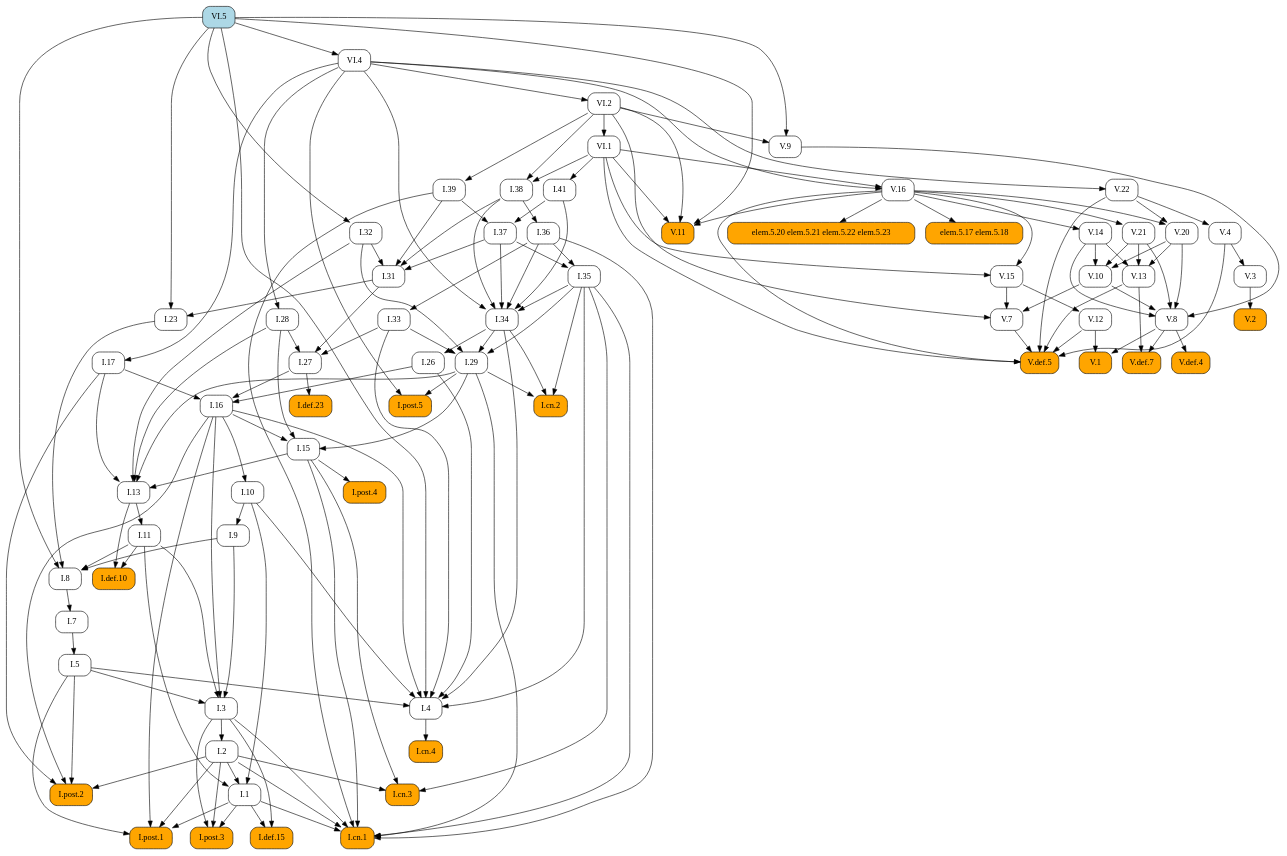
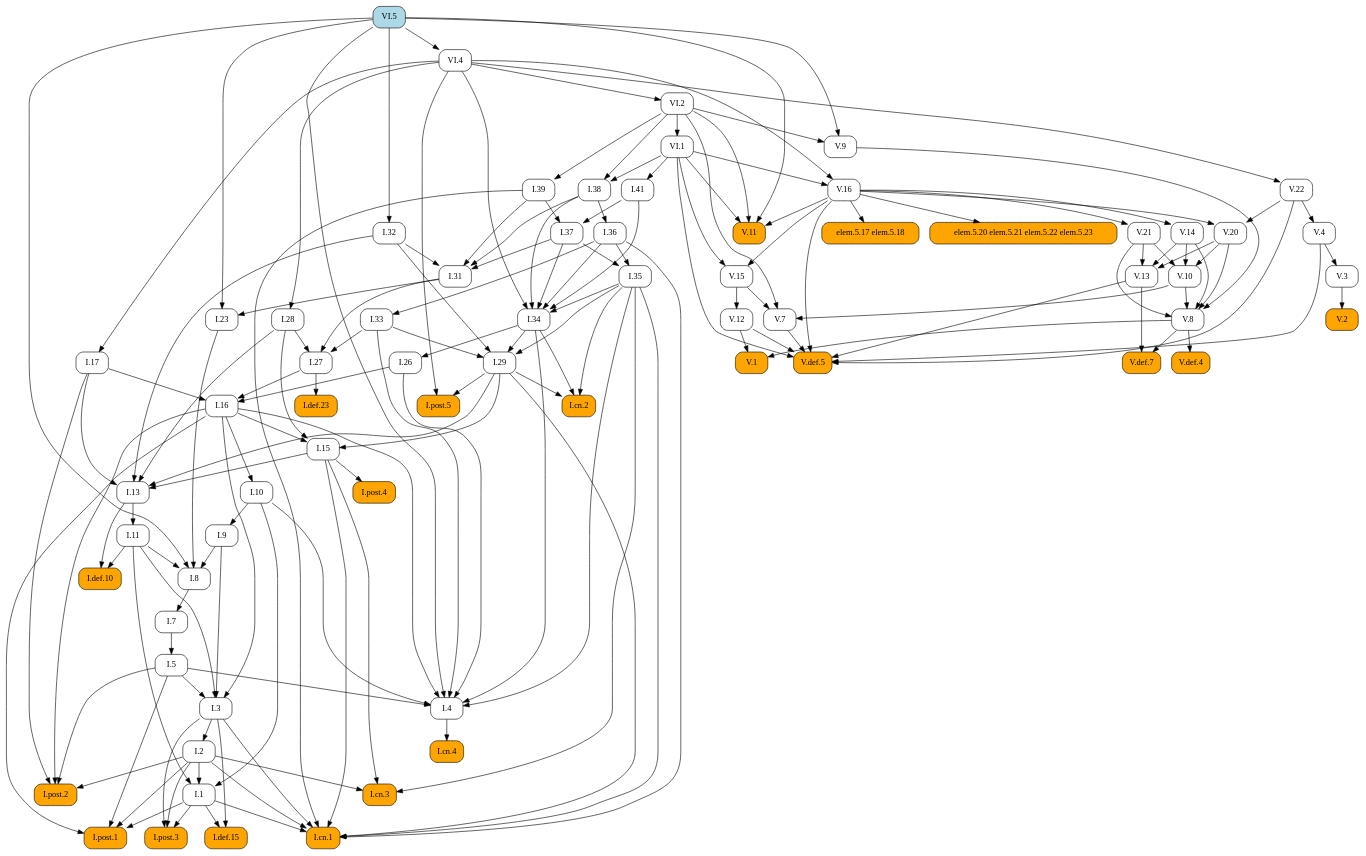
The diagram in docsrc/heath/VI/5/index.rst (geometor/elements), drawn with Graphviz before and after one commit. The commit also changed other lines of this file and 484 other files, not shown here.

```diff
--- a/docsrc/heath/VI/5/index.rst
+++ b/docsrc/heath/VI/5/index.rst
@@ -115,81 +115,172 @@
    digraph {
      rankdir="TB";
      node [shape=box, style=rounded];
+     "I.23" [URL="/heath/I/23/", target="_top"];
+     "I.9" [URL="/heath/I/9/", target="_top"];
+     "I.def.15" [style="rounded,filled", fillcolor=orange, URL="/heath/I/def.15/", target="_top"];
+     "V.13" [URL="/heath/V/13/", target="_top"];
+     "V.7" [URL="/heath/V/7/", target="_top"];
+     "elem.5.17 elem.5.18" [style="rounded,filled", fillcolor=orange];
+     "I.post.1" [style="rounded,filled", fillcolor=orange, URL="/heath/I/post.1/", target="_top"];
+     "V.14" [URL="/heath/V/14/", target="_top"];
+     "V.9" [URL="/heath/V/9/", target="_top"];
+     "I.31" [URL="/heath/I/31/", target="_top"];
      "I.def.10" [style="rounded,filled", fillcolor=orange, URL="/heath/I/def.10/", target="_top"];
+     "V.10" [URL="/heath/V/10/", target="_top"];
+     "V.4" [URL="/heath/V/4/", target="_top"];
+     "VI.1" [URL="/heath/VI/1/", target="_top"];
+     "I.39" [URL="/heath/I/39/", target="_top"];
+     "V.11" [style="rounded,filled", fillcolor=orange, URL="/heath/V/11/", target="_top"];
+     "I.34" [URL="/heath/I/34/", target="_top"];
+     "I.3" [URL="/heath/I/3/", target="_top"];
+     "V.def.4" [style="rounded,filled", fillcolor=orange, URL="/heath/V/def.4/", target="_top"];
+     "V.def.7" [style="rounded,filled", fillcolor=orange, URL="/heath/V/def.7/", target="_top"];
+     "V.21" [URL="/heath/V/21/", target="_top"];
+     "I.2" [URL="/heath/I/2/", target="_top"];
+     "V.3" [URL="/heath/V/3/", target="_top"];
+     "I.13" [URL="/heath/I/13/", target="_top"];
+     "I.post.4" [style="rounded,filled", fillcolor=orange, URL="/heath/I/post.4/", target="_top"];
+     "I.4" [URL="/heath/I/4/", target="_top"];
+     "I.1" [URL="/heath/I/1/", target="_top"];
+     "I.17" [URL="/heath/I/17/", target="_top"];
+     "I.8" [URL="/heath/I/8/", target="_top"];
+     "I.29" [URL="/heath/I/29/", target="_top"];
+     "V.8" [URL="/heath/V/8/", target="_top"];
+     "I.38" [URL="/heath/I/38/", target="_top"];
+     "I.15" [URL="/heath/I/15/", target="_top"];
+     "I.10" [URL="/heath/I/10/", target="_top"];
      "I.11" [URL="/heath/I/11/", target="_top"];
-     "I.post.4" [style="rounded,filled", fillcolor=orange, URL="/heath/I/post.4/", target="_top"];
-     "I.28" [URL="/heath/I/28/", target="_top"];
-     "I.1" [URL="/heath/I/1/", target="_top"];
+     "I.def.23" [style="rounded,filled", fillcolor=orange, URL="/heath/I/def.23/", target="_top"];
+     "VI.4" [URL="/heath/VI/4/", target="_top"];
+     "I.26" [URL="/heath/I/26/", target="_top"];
+     "V.16" [URL="/heath/V/16/", target="_top"];
+     "I.33" [URL="/heath/I/33/", target="_top"];
+     "I.32" [URL="/heath/I/32/", target="_top"];
+     "I.post.3" [style="rounded,filled", fillcolor=orange, URL="/heath/I/post.3/", target="_top"];
      "V.def.5" [style="rounded,filled", fillcolor=orange, URL="/heath/V/def.5/", target="_top"];
-     "V.13" [URL="/heath/V/13/", target="_top"];
-     "V.11" [style="rounded,filled", fillcolor=orange, URL="/heath/V/11/", target="_top"];
-     "I.post.3" [style="rounded,filled", fillcolor=orange, URL="/heath/I/post.3/", target="_top"];
-     "VI.1" [URL="/heath/VI/1/", target="_top"];
-     "I.cn.3" [style="rounded,filled", fillcolor=orange, URL="/heath/I/cn.3/", target="_top"];
-     "V.16" [URL="/heath/V/16/", target="_top"];
-     "VI.4" [URL="/heath/VI/4/", target="_top"];
-     "V.3" [URL="/heath/V/3/", target="_top"];
-     "V.8" [URL="/heath/V/8/", target="_top"];
      "I.27" [URL="/heath/I/27/", target="_top"];
-     "I.36" [URL="/heath/I/36/", target="_top"];
-     "I.41" [URL="/heath/I/41/", target="_top"];
-     "I.37" [URL="/heath/I/37/", target="_top"];
-     "I.34" [URL="/heath/I/34/", target="_top"];
-     "I.2" [URL="/heath/I/2/", target="_top"];
-     "I.def.23" [style="rounded,filled", fillcolor=orange, URL="/heath/I/def.23/", target="_top"];
-     "I.17" [URL="/heath/I/17/", target="_top"];
-     "I.33" [URL="/heath/I/33/", target="_top"];
-     "I.post.2" [style="rounded,filled", fillcolor=orange, URL="/heath/I/post.2/", target="_top"];
-     "elem.5.20 elem.5.21 elem.5.22 elem.5.23" [style="rounded,filled", fillcolor=orange];
-     "I.9" [URL="/heath/I/9/", target="_top"];
-     "I.32" [URL="/heath/I/32/", target="_top"];
-     "I.cn.4" [style="rounded,filled", fillcolor=orange, URL="/heath/I/cn.4/", target="_top"];
-     "V.def.4" [style="rounded,filled", fillcolor=orange, URL="/heath/V/def.4/", target="_top"];
-     "I.15" [URL="/heath/I/15/", target="_top"];
-     "I.38" [URL="/heath/I/38/", target="_top"];
-     "V.def.7" [style="rounded,filled", fillcolor=orange, URL="/heath/V/def.7/", target="_top"];
-     "I.5" [URL="/heath/I/5/", target="_top"];
-     "V.21" [URL="/heath/V/21/", target="_top"];
-     "I.39" [URL="/heath/I/39/", target="_top"];
-     "I.26" [URL="/heath/I/26/", target="_top"];
-     "VI.5" [style="rounded,filled", fillcolor=lightblue, URL="/heath/VI/5/", target="_top"];
-     "V.14" [URL="/heath/V/14/", target="_top"];
-     "I.29" [URL="/heath/I/29/", target="_top"];
-     "V.22" [URL="/heath/V/22/", target="_top"];
+     "V.20" [URL="/heath/V/20/", target="_top"];
      "V.12" [URL="/heath/V/12/", target="_top"];
-     "I.cn.2" [style="rounded,filled", fillcolor=orange, URL="/heath/I/cn.2/", target="_top"];
-     "V.20" [URL="/heath/V/20/", target="_top"];
-     "V.10" [URL="/heath/V/10/", target="_top"];
-     "VI.2" [URL="/heath/VI/2/", target="_top"];
-     "I.def.15" [style="rounded,filled", fillcolor=orange, URL="/heath/I/def.15/", target="_top"];
-     "V.15" [URL="/heath/V/15/", target="_top"];
+     "V.2" [style="rounded,filled", fillcolor=orange, URL="/heath/V/2/", target="_top"];
      "I.cn.1" [style="rounded,filled", fillcolor=orange, URL="/heath/I/cn.1/", target="_top"];
-     "V.7" [URL="/heath/V/7/", target="_top"];
-     "V.9" [URL="/heath/V/9/", target="_top"];
-     "I.23" [URL="/heath/I/23/", target="_top"];
-     "I.post.1" [style="rounded,filled", fillcolor=orange, URL="/heath/I/post.1/", target="_top"];
      "I.35" [URL="/heath/I/35/", target="_top"];
      "I.7" [URL="/heath/I/7/", target="_top"];
-     "I.3" [URL="/heath/I/3/", target="_top"];
-     "I.4" [URL="/heath/I/4/", target="_top"];
-     "I.13" [URL="/heath/I/13/", target="_top"];
-     "V.4" [URL="/heath/V/4/", target="_top"];
-     "I.31" [URL="/heath/I/31/", target="_top"];
+     "I.36" [URL="/heath/I/36/", target="_top"];
+     "VI.5" [style="rounded,filled", fillcolor=lightblue, URL="/heath/VI/5/", target="_top"];
+     "I.5" [URL="/heath/I/5/", target="_top"];
+     "I.37" [URL="/heath/I/37/", target="_top"];
+     "I.cn.3" [style="rounded,filled", fillcolor=orange, URL="/heath/I/cn.3/", target="_top"];
+     "I.16" [URL="/heath/I/16/", target="_top"];
+     "V.22" [URL="/heath/V/22/", target="_top"];
      "V.1" [style="rounded,filled", fillcolor=orange, URL="/heath/V/1/", target="_top"];
-     "I.16" [URL="/heath/I/16/", target="_top"];
-     "elem.5.17 elem.5.18" [style="rounded,filled", fillcolor=orange];
-     "I.8" [URL="/heath/I/8/", target="_top"];
-     "V.2" [style="rounded,filled", fillcolor=orange, URL="/heath/V/2/", target="_top"];
+     "I.cn.2" [style="rounded,filled", fillcolor=orange, URL="/heath/I/cn.2/", target="_top"];
      "I.post.5" [style="rounded,filled", fillcolor=orange, URL="/heath/I/post.5/", target="_top"];
-     "I.10" [URL="/heath/I/10/", target="_top"];
+     "I.28" [URL="/heath/I/28/", target="_top"];
+     "I.cn.4" [style="rounded,filled", fillcolor=orange, URL="/heath/I/cn.4/", target="_top"];
+     "VI.2" [URL="/heath/VI/2/", target="_top"];
+     "I.post.2" [style="rounded,filled", fillcolor=orange, URL="/heath/I/post.2/", target="_top"];
+     "V.15" [URL="/heath/V/15/", target="_top"];
+     "I.41" [URL="/heath/I/41/", target="_top"];
+     "elem.5.20 elem.5.21 elem.5.22 elem.5.23" [style="rounded,filled", fillcolor=orange];
+     "I.31" -> "I.23";
+     "VI.5" -> "I.23";
+     "I.10" -> "I.9";
+     "I.1" -> "I.def.15";
+     "I.3" -> "I.def.15";
+     "V.14" -> "V.13";
+     "V.20" -> "V.13";
+     "V.21" -> "V.13";
+     "V.10" -> "V.7";
+     "V.15" -> "V.7";
+     "VI.2" -> "V.7";
+     "V.16" -> "elem.5.17 elem.5.18";
+     "I.1" -> "I.post.1";
+     "I.2" -> "I.post.1";
+     "I.5" -> "I.post.1";
+     "I.16" -> "I.post.1";
+     "V.16" -> "V.14";
+     "VI.2" -> "V.9";
+     "VI.5" -> "V.9";
+     "I.32" -> "I.31";
+     "I.37" -> "I.31";
+     "I.38" -> "I.31";
+     "I.39" -> "I.31";
      "I.11" -> "I.def.10";
      "I.13" -> "I.def.10";
-     "I.13" -> "I.11";
+     "V.14" -> "V.10";
+     "V.20" -> "V.10";
+     "V.21" -> "V.10";
+     "V.22" -> "V.4";
+     "VI.2" -> "VI.1";
+     "VI.2" -> "I.39";
+     "V.16" -> "V.11";
+     "VI.1" -> "V.11";
+     "VI.2" -> "V.11";
+     "VI.5" -> "V.11";
+     "I.35" -> "I.34";
+     "I.36" -> "I.34";
+     "I.37" -> "I.34";
+     "I.38" -> "I.34";
+     "I.41" -> "I.34";
+     "VI.4" -> "I.34";
+     "I.5" -> "I.3";
+     "I.9" -> "I.3";
+     "I.11" -> "I.3";
+     "I.16" -> "I.3";
+     "V.8" -> "V.def.4";
+     "V.8" -> "V.def.7";
+     "V.13" -> "V.def.7";
+     "V.16" -> "V.21";
+     "I.3" -> "I.2";
+     "V.4" -> "V.3";
+     "I.15" -> "I.13";
+     "I.17" -> "I.13";
+     "I.28" -> "I.13";
+     "I.29" -> "I.13";
+     "I.32" -> "I.13";
      "I.15" -> "I.post.4";
-     "VI.4" -> "I.28";
+     "I.5" -> "I.4";
+     "I.10" -> "I.4";
+     "I.16" -> "I.4";
+     "I.26" -> "I.4";
+     "I.33" -> "I.4";
+     "I.34" -> "I.4";
+     "I.35" -> "I.4";
+     "VI.5" -> "I.4";
      "I.2" -> "I.1";
      "I.10" -> "I.1";
      "I.11" -> "I.1";
+     "VI.4" -> "I.17";
+     "I.9" -> "I.8";
+     "I.11" -> "I.8";
+     "I.23" -> "I.8";
+     "VI.5" -> "I.8";
+     "I.32" -> "I.29";
+     "I.33" -> "I.29";
+     "I.34" -> "I.29";
+     "I.35" -> "I.29";
+     "V.9" -> "V.8";
+     "V.10" -> "V.8";
+     "V.14" -> "V.8";
+     "V.20" -> "V.8";
+     "V.21" -> "V.8";
+     "VI.1" -> "I.38";
+     "VI.2" -> "I.38";
+     "I.16" -> "I.15";
+     "I.28" -> "I.15";
+     "I.29" -> "I.15";
+     "I.16" -> "I.10";
+     "I.13" -> "I.11";
+     "I.27" -> "I.def.23";
+     "VI.5" -> "VI.4";
+     "I.34" -> "I.26";
+     "VI.1" -> "V.16";
+     "VI.4" -> "V.16";
+     "I.36" -> "I.33";
+     "VI.5" -> "I.32";
+     "I.1" -> "I.post.3";
+     "I.2" -> "I.post.3";
+     "I.3" -> "I.post.3";
      "V.4" -> "V.def.5";
      "V.7" -> "V.def.5";
      "V.12" -> "V.def.5";
@@ -197,86 +288,13 @@
      "V.16" -> "V.def.5";
      "V.22" -> "V.def.5";
      "VI.1" -> "V.def.5";
-     "V.14" -> "V.13";
-     "V.20" -> "V.13";
-     "V.21" -> "V.13";
-     "V.16" -> "V.11";
-     "VI.1" -> "V.11";
-     "VI.2" -> "V.11";
-     "VI.5" -> "V.11";
-     "I.1" -> "I.post.3";
-     "I.2" -> "I.post.3";
-     "I.3" -> "I.post.3";
-     "VI.2" -> "VI.1";
-     "I.2" -> "I.cn.3";
-     "I.15" -> "I.cn.3";
-     "I.35" -> "I.cn.3";
-     "VI.1" -> "V.16";
-     "VI.4" -> "V.16";
-     "VI.5" -> "VI.4";
-     "V.4" -> "V.3";
-     "V.9" -> "V.8";
-     "V.10" -> "V.8";
-     "V.14" -> "V.8";
-     "V.20" -> "V.8";
-     "V.21" -> "V.8";
      "I.28" -> "I.27";
      "I.31" -> "I.27";
      "I.33" -> "I.27";
-     "I.38" -> "I.36";
-     "VI.1" -> "I.41";
-     "I.39" -> "I.37";
-     "I.41" -> "I.37";
-     "I.35" -> "I.34";
-     "I.36" -> "I.34";
-     "I.37" -> "I.34";
-     "I.38" -> "I.34";
-     "I.41" -> "I.34";
-     "VI.4" -> "I.34";
-     "I.3" -> "I.2";
-     "I.27" -> "I.def.23";
-     "VI.4" -> "I.17";
-     "I.36" -> "I.33";
-     "I.2" -> "I.post.2";
-     "I.5" -> "I.post.2";
-     "I.16" -> "I.post.2";
-     "I.17" -> "I.post.2";
-     "V.16" -> "elem.5.20 elem.5.21 elem.5.22 elem.5.23";
-     "I.10" -> "I.9";
-     "VI.5" -> "I.32";
-     "I.4" -> "I.cn.4";
-     "V.8" -> "V.def.4";
-     "I.16" -> "I.15";
-     "I.28" -> "I.15";
-     "I.29" -> "I.15";
-     "VI.1" -> "I.38";
-     "VI.2" -> "I.38";
-     "V.8" -> "V.def.7";
-     "V.13" -> "V.def.7";
-     "I.7" -> "I.5";
-     "V.16" -> "V.21";
-     "VI.2" -> "I.39";
-     "I.34" -> "I.26";
-     "V.16" -> "V.14";
-     "I.32" -> "I.29";
-     "I.33" -> "I.29";
-     "I.34" -> "I.29";
-     "I.35" -> "I.29";
-     "VI.4" -> "V.22";
-     "V.15" -> "V.12";
-     "I.29" -> "I.cn.2";
-     "I.34" -> "I.cn.2";
-     "I.35" -> "I.cn.2";
      "V.16" -> "V.20";
      "V.22" -> "V.20";
-     "V.14" -> "V.10";
-     "V.20" -> "V.10";
-     "V.21" -> "V.10";
-     "VI.4" -> "VI.2";
-     "I.1" -> "I.def.15";
-     "I.3" -> "I.def.15";
-     "V.16" -> "V.15";
-     "VI.1" -> "V.15";
+     "V.15" -> "V.12";
+     "V.3" -> "V.2";
      "I.1" -> "I.cn.1";
      "I.2" -> "I.cn.1";
      "I.3" -> "I.cn.1";
@@ -285,54 +303,36 @@
      "I.35" -> "I.cn.1";
      "I.36" -> "I.cn.1";
      "I.39" -> "I.cn.1";
-     "V.10" -> "V.7";
-     "V.15" -> "V.7";
-     "VI.2" -> "V.7";
-     "VI.2" -> "V.9";
-     "VI.5" -> "V.9";
-     "I.31" -> "I.23";
-     "VI.5" -> "I.23";
-     "I.1" -> "I.post.1";
-     "I.2" -> "I.post.1";
-     "I.5" -> "I.post.1";
-     "I.16" -> "I.post.1";
      "I.36" -> "I.35";
      "I.37" -> "I.35";
      "I.8" -> "I.7";
-     "I.5" -> "I.3";
-     "I.9" -> "I.3";
-     "I.11" -> "I.3";
-     "I.16" -> "I.3";
-     "I.5" -> "I.4";
-     "I.10" -> "I.4";
-     "I.16" -> "I.4";
-     "I.26" -> "I.4";
-     "I.33" -> "I.4";
-     "I.34" -> "I.4";
-     "I.35" -> "I.4";
-     "VI.5" -> "I.4";
-     "I.15" -> "I.13";
-     "I.17" -> "I.13";
-     "I.28" -> "I.13";
-     "I.29" -> "I.13";
-     "I.32" -> "I.13";
-     "V.22" -> "V.4";
-     "I.32" -> "I.31";
-     "I.37" -> "I.31";
-     "I.38" -> "I.31";
-     "I.39" -> "I.31";
-     "V.8" -> "V.1";
-     "V.12" -> "V.1";
+     "I.38" -> "I.36";
+     "I.7" -> "I.5";
+     "I.39" -> "I.37";
+     "I.41" -> "I.37";
+     "I.2" -> "I.cn.3";
+     "I.15" -> "I.cn.3";
+     "I.35" -> "I.cn.3";
      "I.17" -> "I.16";
      "I.26" -> "I.16";
      "I.27" -> "I.16";
-     "V.16" -> "elem.5.17 elem.5.18";
-     "I.9" -> "I.8";
-     "I.11" -> "I.8";
-     "I.23" -> "I.8";
-     "VI.5" -> "I.8";
-     "V.3" -> "V.2";
+     "VI.4" -> "V.22";
+     "V.8" -> "V.1";
+     "V.12" -> "V.1";
+     "I.29" -> "I.cn.2";
+     "I.34" -> "I.cn.2";
+     "I.35" -> "I.cn.2";
      "I.29" -> "I.post.5";
      "VI.4" -> "I.post.5";
-     "I.16" -> "I.10";
+     "VI.4" -> "I.28";
+     "I.4" -> "I.cn.4";
+     "VI.4" -> "VI.2";
+     "I.2" -> "I.post.2";
+     "I.5" -> "I.post.2";
+     "I.16" -> "I.post.2";
+     "I.17" -> "I.post.2";
+     "V.16" -> "V.15";
+     "VI.1" -> "V.15";
+     "VI.1" -> "I.41";
+     "V.16" -> "elem.5.20 elem.5.21 elem.5.22 elem.5.23";
    }
```
